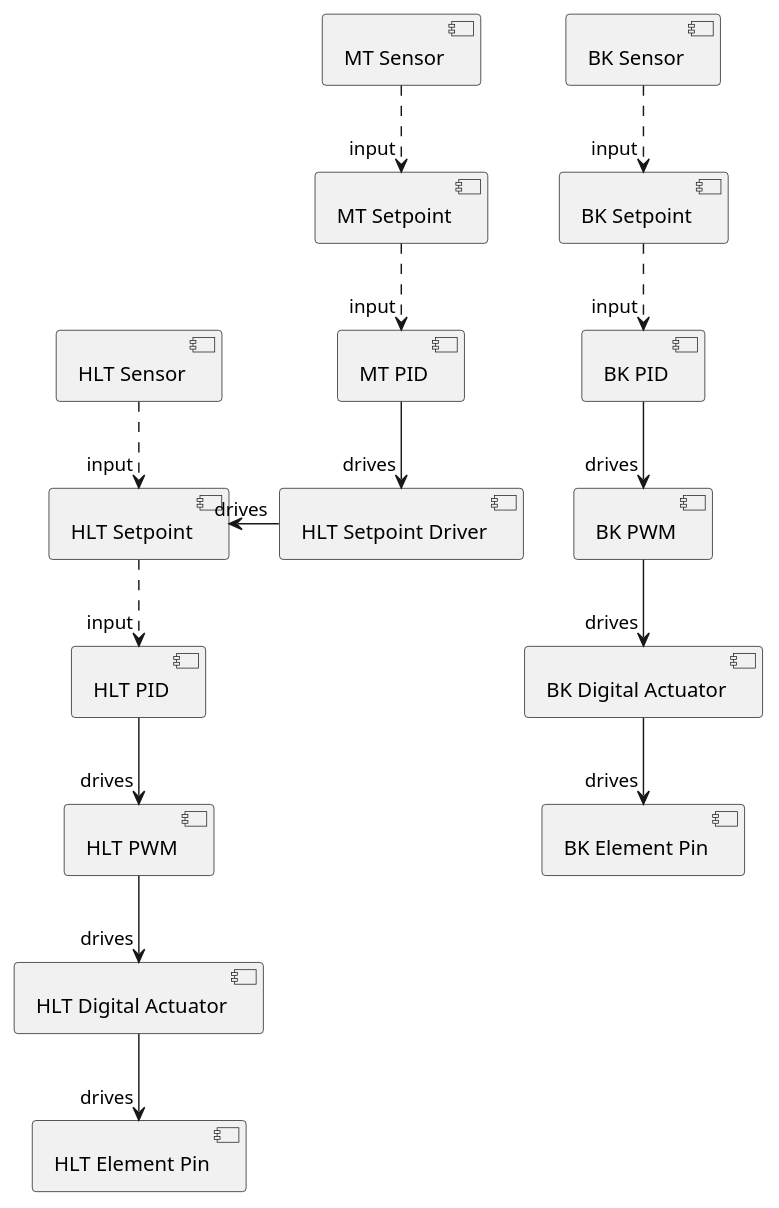
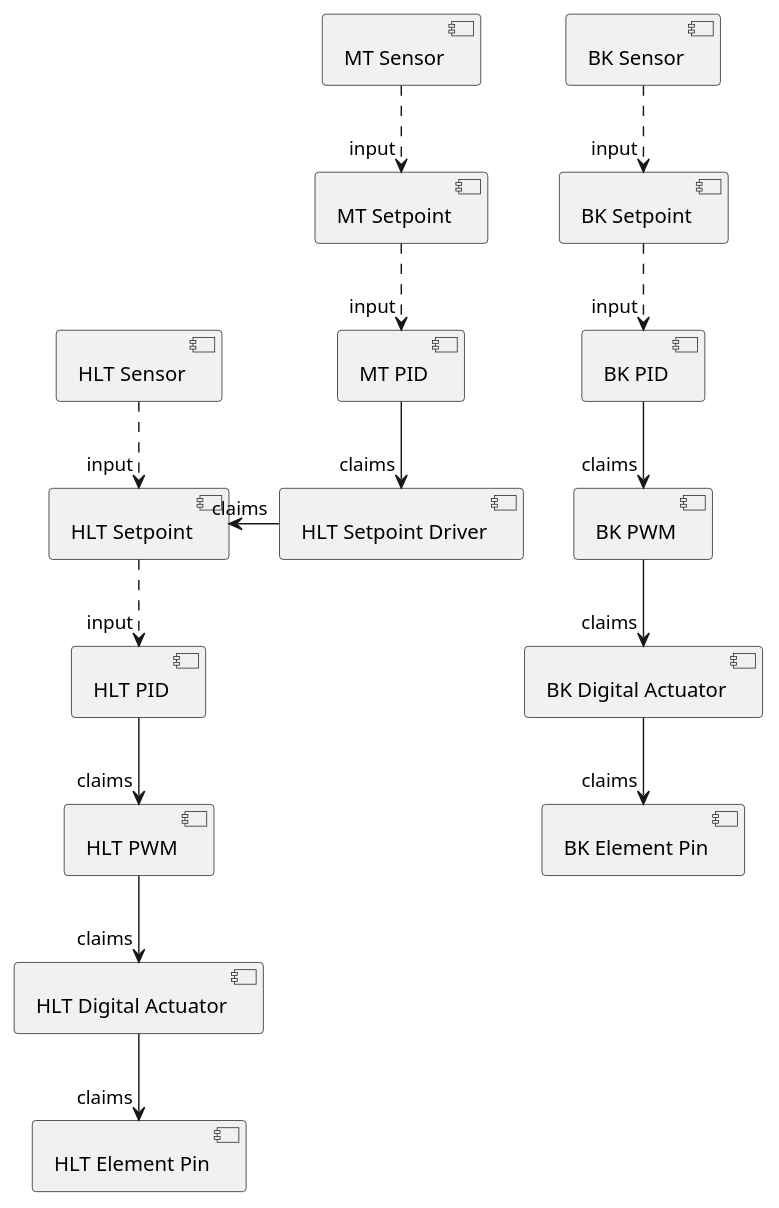
Before and after one commit to BrewBlox/brewblox-documentation: the sixth of 7 diagrams in docs/user/control_chains.md, drawn with PlantUML. The commit also changed other lines of this file and 1 other file, not shown here.

Commit message:
add fast pwm / soft start changes to release notes

````diff
--- a/docs/user/control_chains.md
+++ b/docs/user/control_chains.md
@@ -272,42 +272,42 @@
 ```plantuml
 @startuml HERMS
 component HLT_PID as "HLT PID"
 component BK_PID as "BK PID"
 component MT_PID as "MT PID"
 
 component HLT_PWM as "HLT PWM"
 component BK_PWM as "BK PWM"
 
 component HLT_Digital as "HLT Digital Actuator"
 component BK_Digital as "BK Digital Actuator"
 
 component HLT_Pin as "HLT Element Pin"
 component BK_Pin as "BK Element Pin"
 
 component HLT_SSP as "HLT Setpoint"
 component MT_SSP as "MT Setpoint"
 component BK_SSP as "BK Setpoint"
 component HLT_Sensor as "HLT Sensor"
 component BK_Sensor as "BK Sensor"
 component MT_Sensor as "MT Sensor"
 component HLT_Driver as "HLT Setpoint Driver"
 
 HLT_Sensor .down.> "input" HLT_SSP
 HLT_SSP .down.> "input" HLT_PID
-HLT_PID -down-> "drives" HLT_PWM
-HLT_PWM -down-> "drives" HLT_Digital
-HLT_Digital -down-> "drives" HLT_Pin
+HLT_PID -down-> "claims" HLT_PWM
+HLT_PWM -down-> "claims" HLT_Digital
+HLT_Digital -down-> "claims" HLT_Pin
 
 MT_Sensor .down.> "input" MT_SSP
 MT_SSP .down.> "input" MT_PID
-MT_PID -down-> "drives" HLT_Driver
-HLT_Driver -left-> "drives" HLT_SSP
+MT_PID -down-> "claims" HLT_Driver
+HLT_Driver -left-> "claims" HLT_SSP
 
 BK_Sensor .down.> "input" BK_SSP
 BK_SSP .down.> "input" BK_PID
-BK_PID -down-> "drives" BK_PWM
-BK_PWM -down-> "drives" BK_Digital
-BK_Digital -down-> "drives" BK_Pin
+BK_PID -down-> "claims" BK_PWM
+BK_PWM -down-> "claims" BK_Digital
+BK_Digital -down-> "claims" BK_Pin
 
 @enduml
 ```
````
